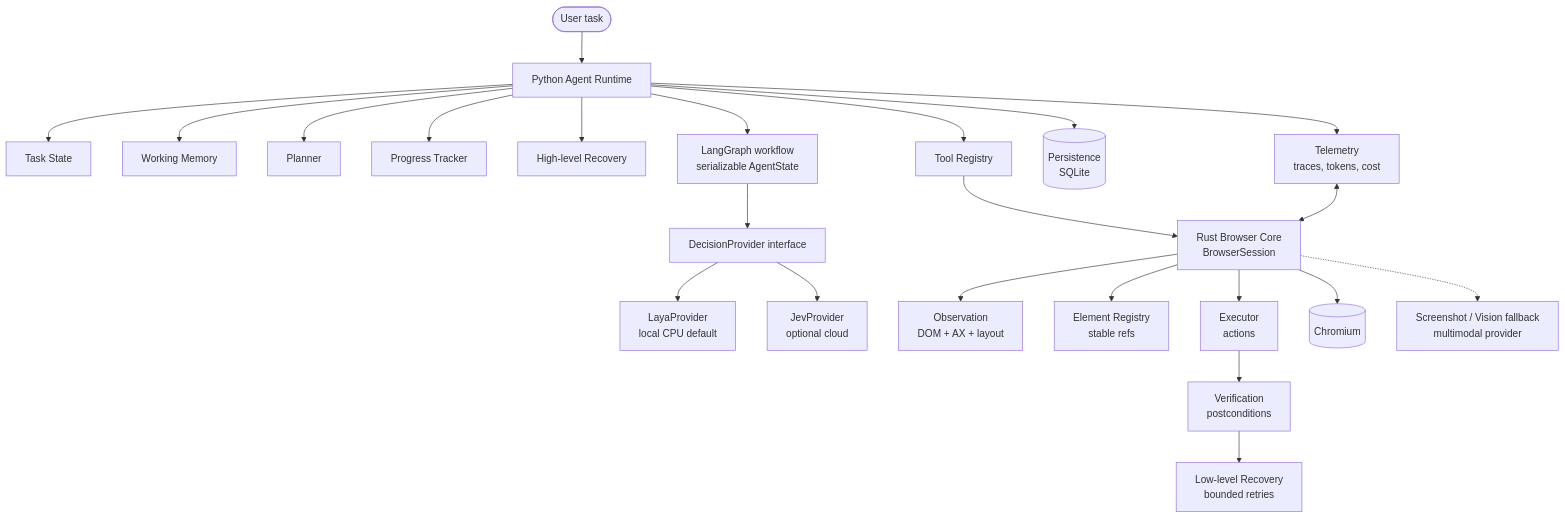
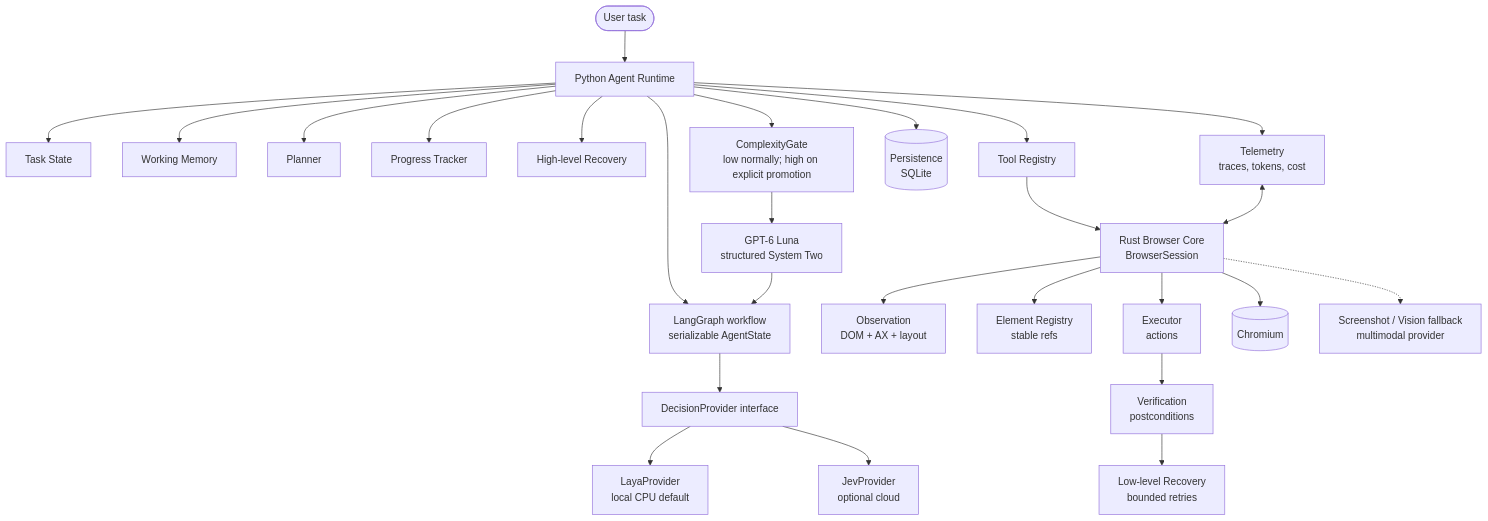
The diagram in docs/architecture/system-overview.md (arjun-713/BrowSKI), drawn with Mermaid before and after one commit. The commit also changed other lines of this file and 28 other files, not shown here.

Commit message:
feat(agent): add adaptive Luna reasoning and recovery

````diff
--- a/docs/architecture/system-overview.md
+++ b/docs/architecture/system-overview.md
@@ -10,25 +10,28 @@
 ```mermaid
 flowchart TB
     User([User task]) --> Runtime[Python Agent Runtime]
     Runtime --> TaskState[Task State]
     Runtime --> Memory[Working Memory]
     Runtime --> Planner[Planner]
     Runtime --> Progress[Progress Tracker]
     Runtime --> HLRecovery[High-level Recovery]
     Runtime --> Graph[LangGraph workflow\nserializable AgentState]
     Graph --> Decision[DecisionProvider interface]
     Decision --> Laya[LayaProvider\nlocal CPU default]
     Decision --> Jev[JevProvider\noptional cloud]
+    Runtime --> Gate[ComplexityGate\nlow normally; high on explicit promotion]
+    Gate --> Luna[GPT-6 Luna\nstructured System Two]
+    Luna --> Graph[LangGraph workflow\nserializable AgentState]
     Runtime --> Tools[Tool Registry]
     Tools --> Core[Rust Browser Core\nBrowserSession]
     Core --> Obs[Observation\nDOM + AX + layout]
     Core --> Registry[Element Registry\nstable refs]
     Core --> Exec[Executor\nactions]
     Exec --> Verify[Verification\npostconditions]
     Verify --> LLRecovery[Low-level Recovery\nbounded retries]
     Core --> Chromium[(Chromium)]
     Core -.-> Vision[Screenshot / Vision fallback\nmultimodal provider]
     Runtime --> Persist[(Persistence\nSQLite)]
     Runtime --> Telemetry[Telemetry\ntraces, tokens, cost]
     Telemetry <--> Core
 ```
````
